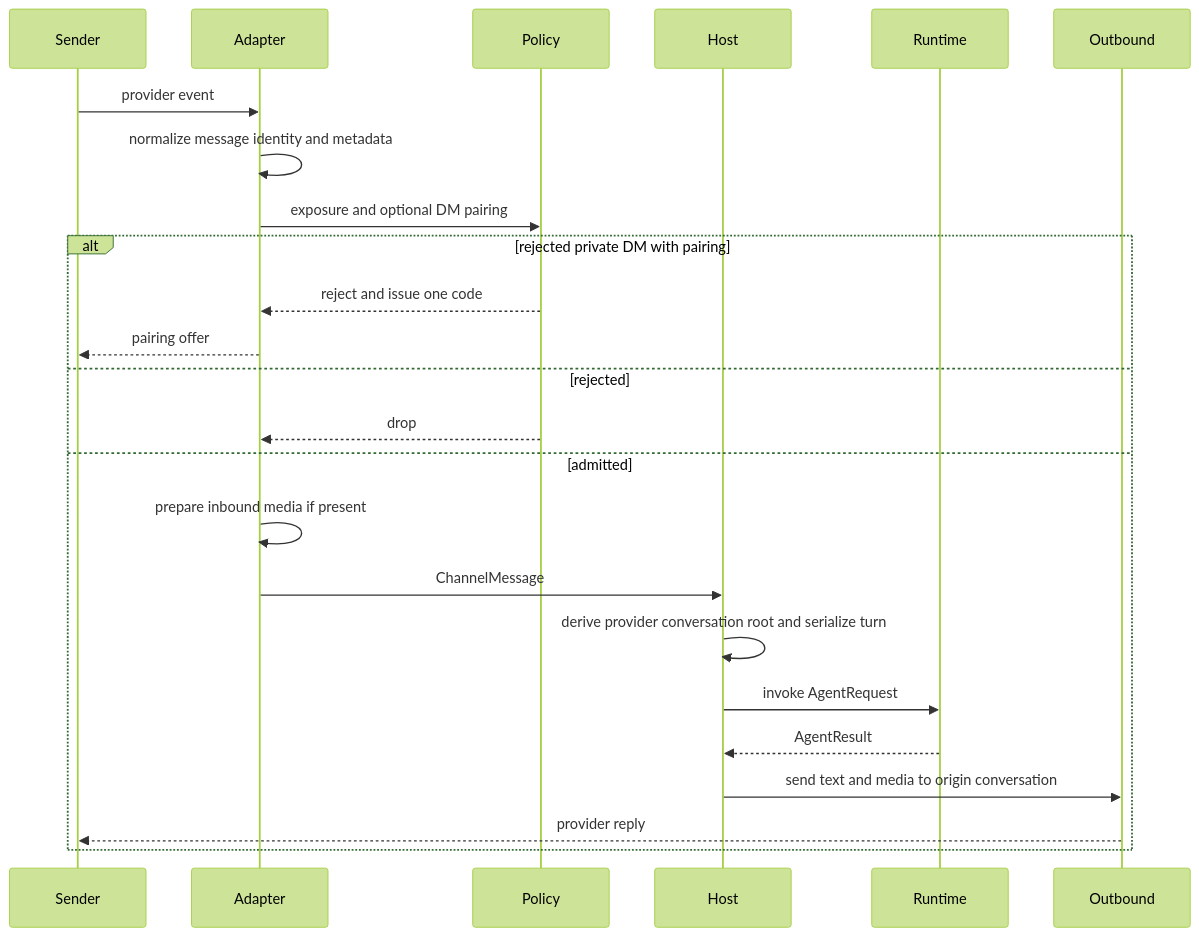
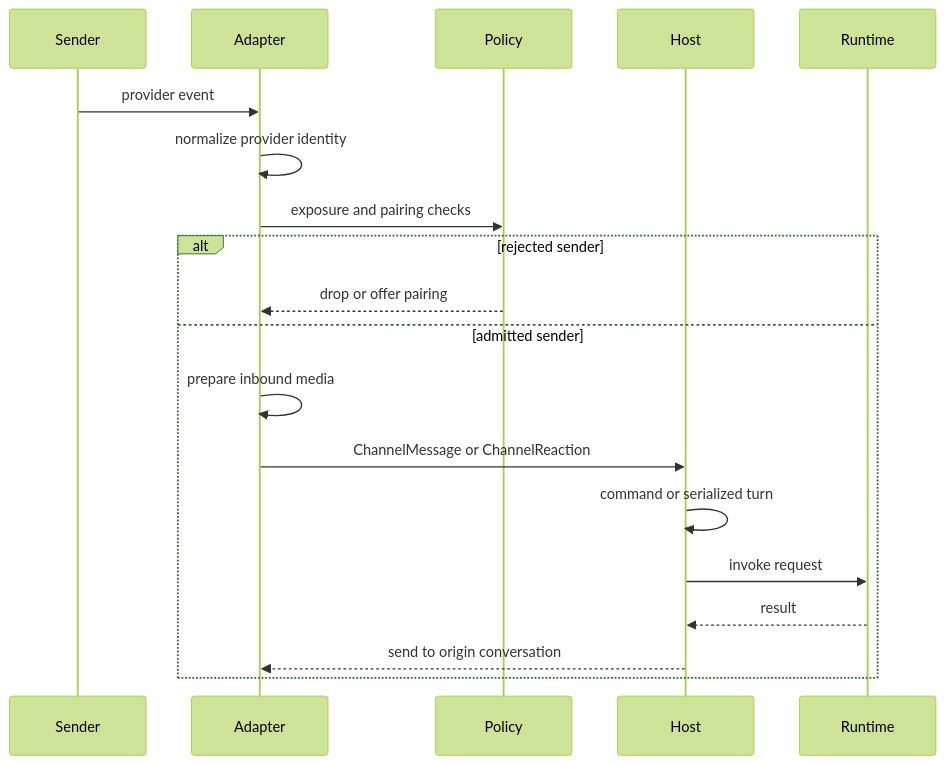
One commit to langchain-ai/deepagents changed the diagram in openwiki/concepts/talon-channel-admission.md. Above: the diagram before and after it, drawn with Mermaid (forest theme). The commit also changed other lines of this file and 41 other files, not shown here.

````diff
--- a/openwiki/concepts/talon-channel-admission.md
+++ b/openwiki/concepts/talon-channel-admission.md
@@ -77,27 +43,22 @@
 ```mermaid
 sequenceDiagram
     participant Sender
     participant Adapter
     participant Policy
     participant Host
     participant Runtime
-    participant Outbound
 
     Sender->>Adapter: provider event
-    Adapter->>Adapter: normalize message identity and metadata
-    Adapter->>Policy: exposure and optional DM pairing
-    alt rejected private DM with pairing
-        Policy-->>Adapter: reject and issue one code
-        Adapter-->>Sender: pairing offer
-    else rejected
-        Policy-->>Adapter: drop
-    else admitted
-        Adapter->>Adapter: prepare inbound media if present
-        Adapter->>Host: ChannelMessage
-        Host->>Host: derive provider conversation root and serialize turn
-        Host->>Runtime: invoke AgentRequest
-        Runtime-->>Host: AgentResult
-        Host->>Outbound: send text and media to origin conversation
-        Outbound-->>Sender: provider reply
+    Adapter->>Adapter: normalize provider identity
+    Adapter->>Policy: exposure and pairing checks
+    alt rejected sender
+        Policy-->>Adapter: drop or offer pairing
+    else admitted sender
+        Adapter->>Adapter: prepare inbound media
+        Adapter->>Host: ChannelMessage or ChannelReaction
+        Host->>Host: command or serialized turn
+        Host->>Runtime: invoke request
+        Runtime-->>Host: result
+        Host-->>Adapter: send to origin conversation
     end
 ```
````
